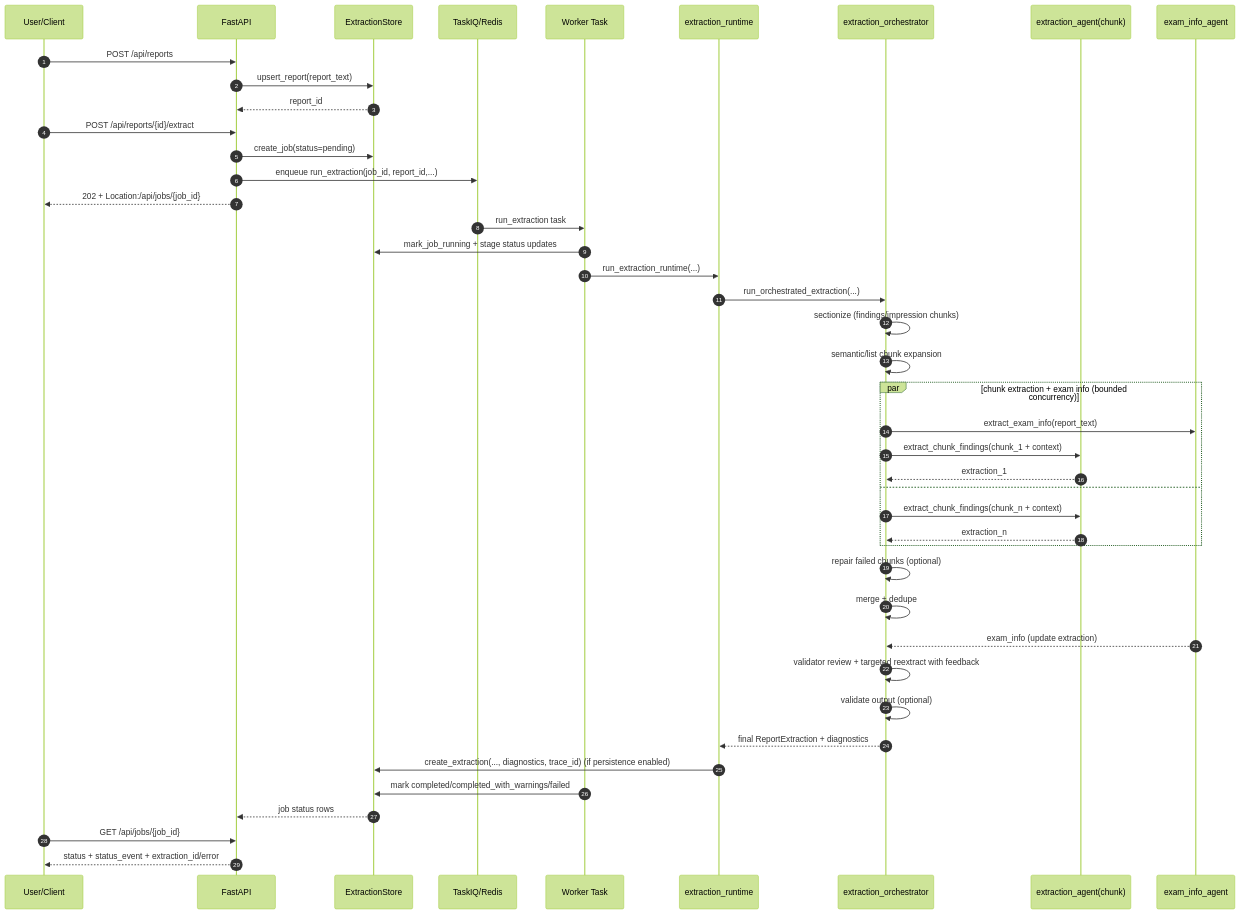
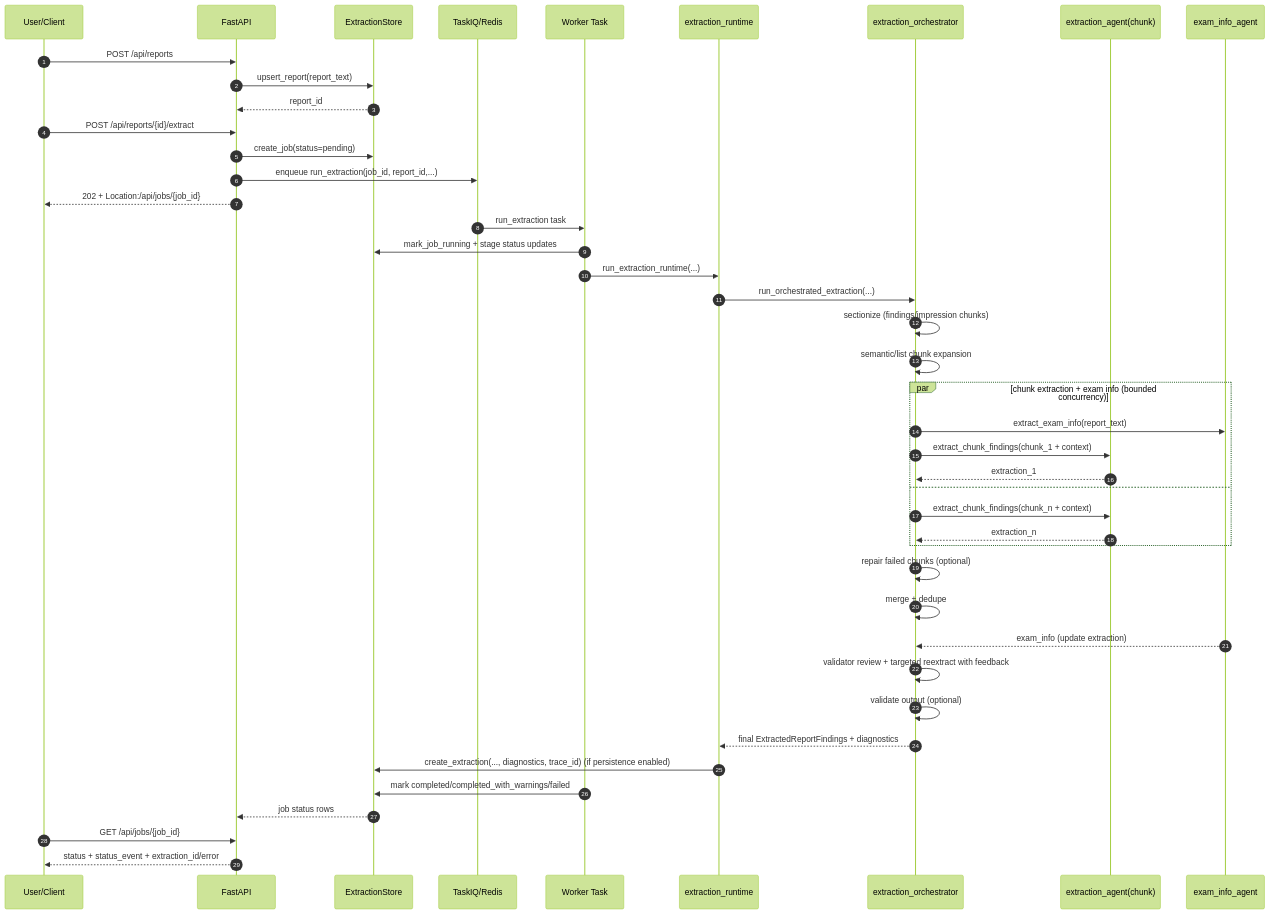
The diagram in docs/extraction-internals.md (hoodcm/imaging-problem-list-data), drawn with Mermaid (forest theme) before and after one commit. The commit also changed other lines of this file and 9 other files, not shown here.

````diff
--- a/docs/extraction-internals.md
+++ b/docs/extraction-internals.md
@@ -43,51 +43,51 @@
 ```mermaid
 sequenceDiagram
     autonumber
     participant U as User/Client
     participant API as FastAPI
     participant ST as ExtractionStore
     participant Q as TaskIQ/Redis
     participant WK as Worker Task
     participant RT as extraction_runtime
     participant OR as extraction_orchestrator
     participant AG as extraction_agent(chunk)
     participant EI as exam_info_agent
 
     U->>API: POST /api/reports
     API->>ST: upsert_report(report_text)
     ST-->>API: report_id
 
     U->>API: POST /api/reports/{id}/extract
     API->>ST: create_job(status=pending)
     API->>Q: enqueue run_extraction(job_id, report_id,...)
     API-->>U: 202 + Location:/api/jobs/{job_id}
 
     Q->>WK: run_extraction task
     WK->>ST: mark_job_running + stage status updates
     WK->>RT: run_extraction_runtime(...)
     RT->>OR: run_orchestrated_extraction(...)
 
     OR->>OR: sectionize (findings/impression chunks)
     OR->>OR: semantic/list chunk expansion
     par chunk extraction + exam info (bounded concurrency)
         OR->>EI: extract_exam_info(report_text)
         OR->>AG: extract_chunk_findings(chunk_1 + context)
         AG-->>OR: extraction_1
     and
         OR->>AG: extract_chunk_findings(chunk_n + context)
         AG-->>OR: extraction_n
     end
 
     OR->>OR: repair failed chunks (optional)
     OR->>OR: merge + dedupe
     EI-->>OR: exam_info (update extraction)
     OR->>OR: validator review + targeted reextract with feedback
     OR->>OR: validate output (optional)
-    OR-->>RT: final ReportExtraction + diagnostics
+    OR-->>RT: final ExtractedReportFindings + diagnostics
 
     RT->>ST: create_extraction(..., diagnostics, trace_id) (if persistence enabled)
     WK->>ST: mark completed/completed_with_warnings/failed
     ST-->>API: job status rows
     U->>API: GET /api/jobs/{job_id}
     API-->>U: status + status_event + extraction_id/error
 ```
````
